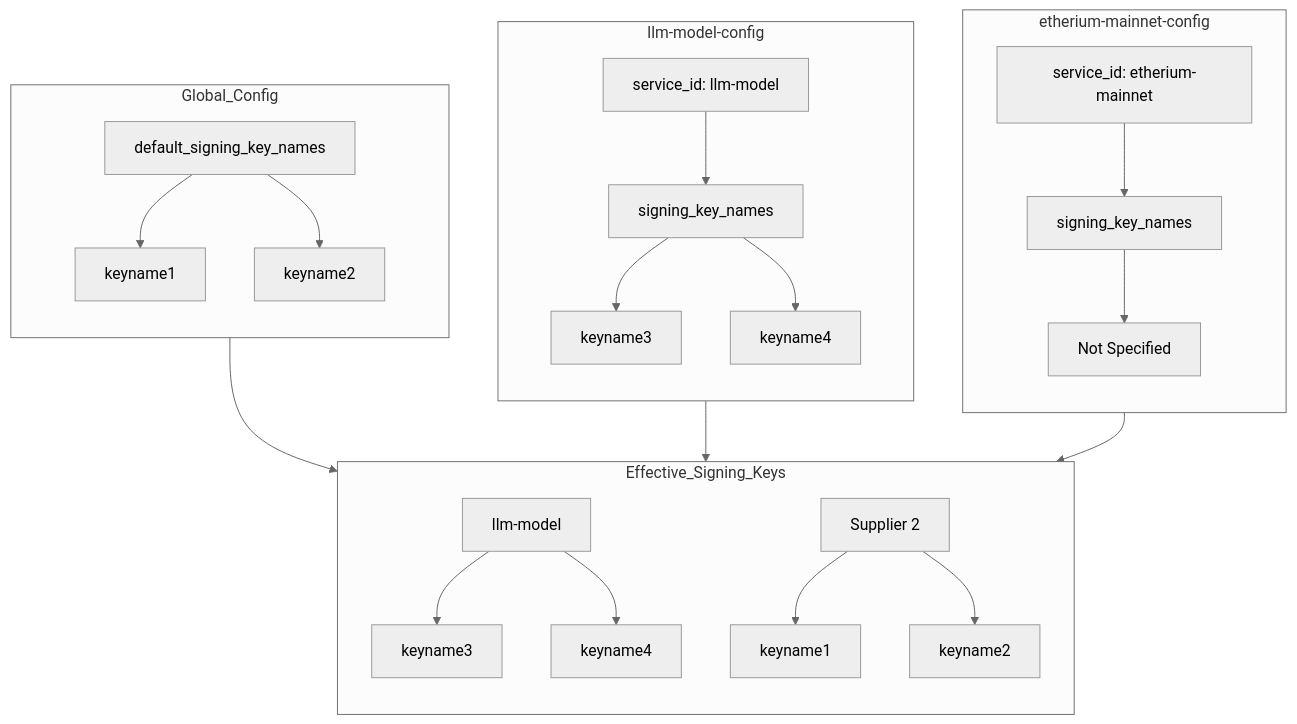
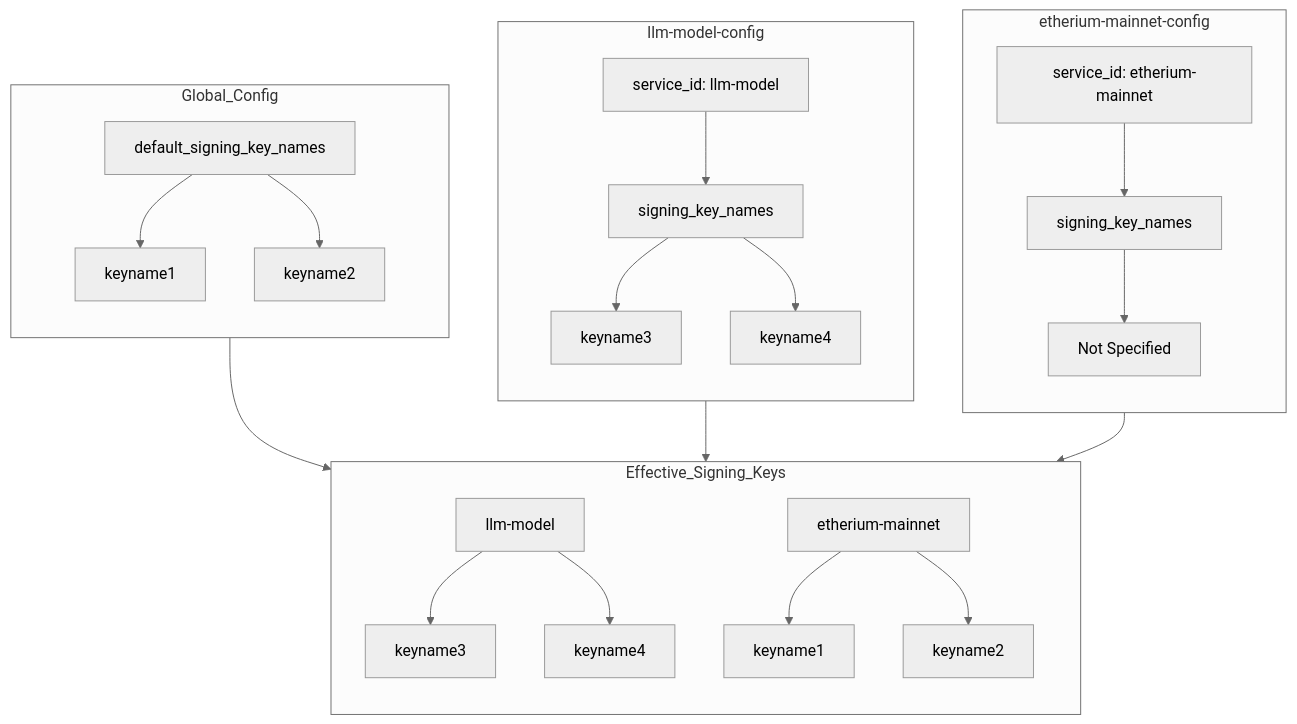
Before and after one commit to pokt-network/poktroll: the second of 3 diagrams in docusaurus/docs/operate/configs/relayminer_config.md, drawn with Mermaid (neutral theme).

````diff
--- a/docusaurus/docs/operate/configs/relayminer_config.md
+++ b/docusaurus/docs/operate/configs/relayminer_config.md
@@ -372,36 +372,36 @@
 ```mermaid
 flowchart TB
     subgraph Global_Config
         direction TB
         A[default_signing_key_names] --> B[keyname1]
         A --> C[keyname2]
     end
 
     subgraph llm-model-config
         direction TB
         D[service_id: llm-model]
         D --> E[signing_key_names]
         E --> F[keyname3]
         E --> G[keyname4]
     end
 
     subgraph etherium-mainnet-config
         direction TB
         H[service_id: etherium-mainnet]
         H --> I[signing_key_names]
         I --> J[Not Specified]
     end
 
     subgraph Effective_Signing_Keys
         direction TB
         K[llm-model] --> L[keyname3]
         K --> M[keyname4]
-        N[Supplier 2] --> O[keyname1]
+        N[etherium-mainnet] --> O[keyname1]
         N --> P[keyname2]
     end
 
     Global_Config --> Effective_Signing_Keys
     llm-model-config --> Effective_Signing_Keys
     etherium-mainnet-config --> Effective_Signing_Keys
 
 ```
````
